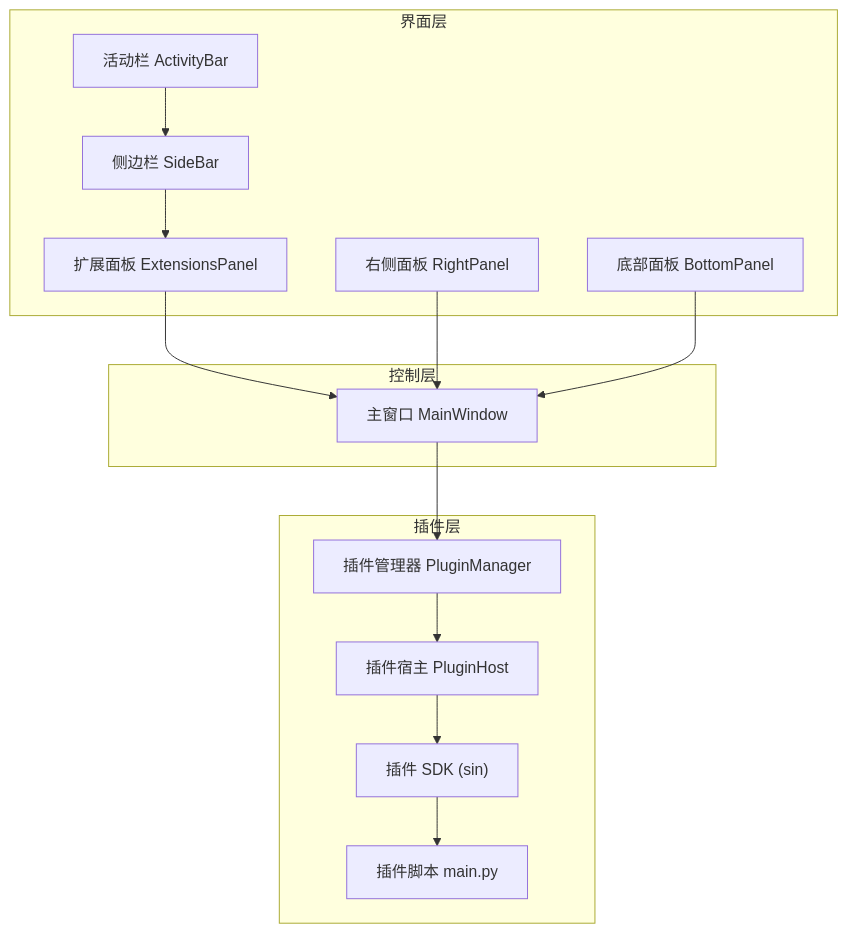
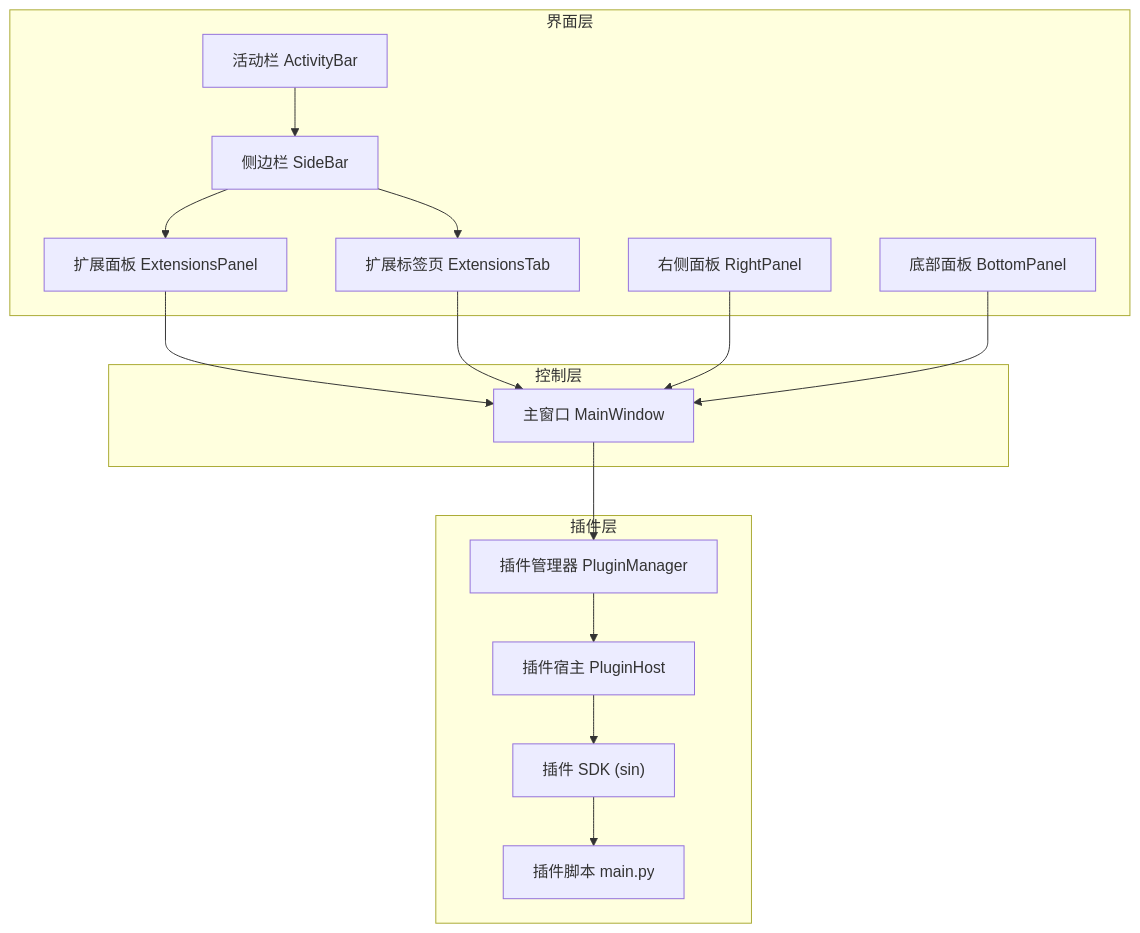
Before and after one commit to jakecai1225-design/OpenBus: the first of 10 diagrams in .qoder/repowiki/zh/content/架构设计/插件系统架构/扩展面板系统.md, drawn with Mermaid. The commit also changed other lines of this file and 78 other files, not shown here.

````diff
--- a/.qoder/repowiki/zh/content/架构设计/插件系统架构/扩展面板系统.md
+++ b/.qoder/repowiki/zh/content/架构设计/插件系统架构/扩展面板系统.md
@@ -50,28 +53,31 @@
 ```mermaid
 graph TB
 subgraph "界面层"
 AB["活动栏 ActivityBar"]
 SB["侧边栏 SideBar"]
 EP["扩展面板 ExtensionsPanel"]
 RP["右侧面板 RightPanel"]
 BP["底部面板 BottomPanel"]
+ET["扩展标签页 ExtensionsTab"]
 end
 subgraph "控制层"
 MW["主窗口 MainWindow"]
 end
 subgraph "插件层"
 PM["插件管理器 PluginManager"]
 PH["插件宿主 PluginHost"]
 SDK["插件 SDK (sin)"]
 PLG["插件脚本 main.py"]
 end
 AB --> SB
 SB --> EP
+SB --> ET
 EP --> MW
+ET --> MW
 RP --> MW
 BP --> MW
 MW --> PM
 PM --> PH
 PH --> SDK
 SDK --> PLG
 ```
````
